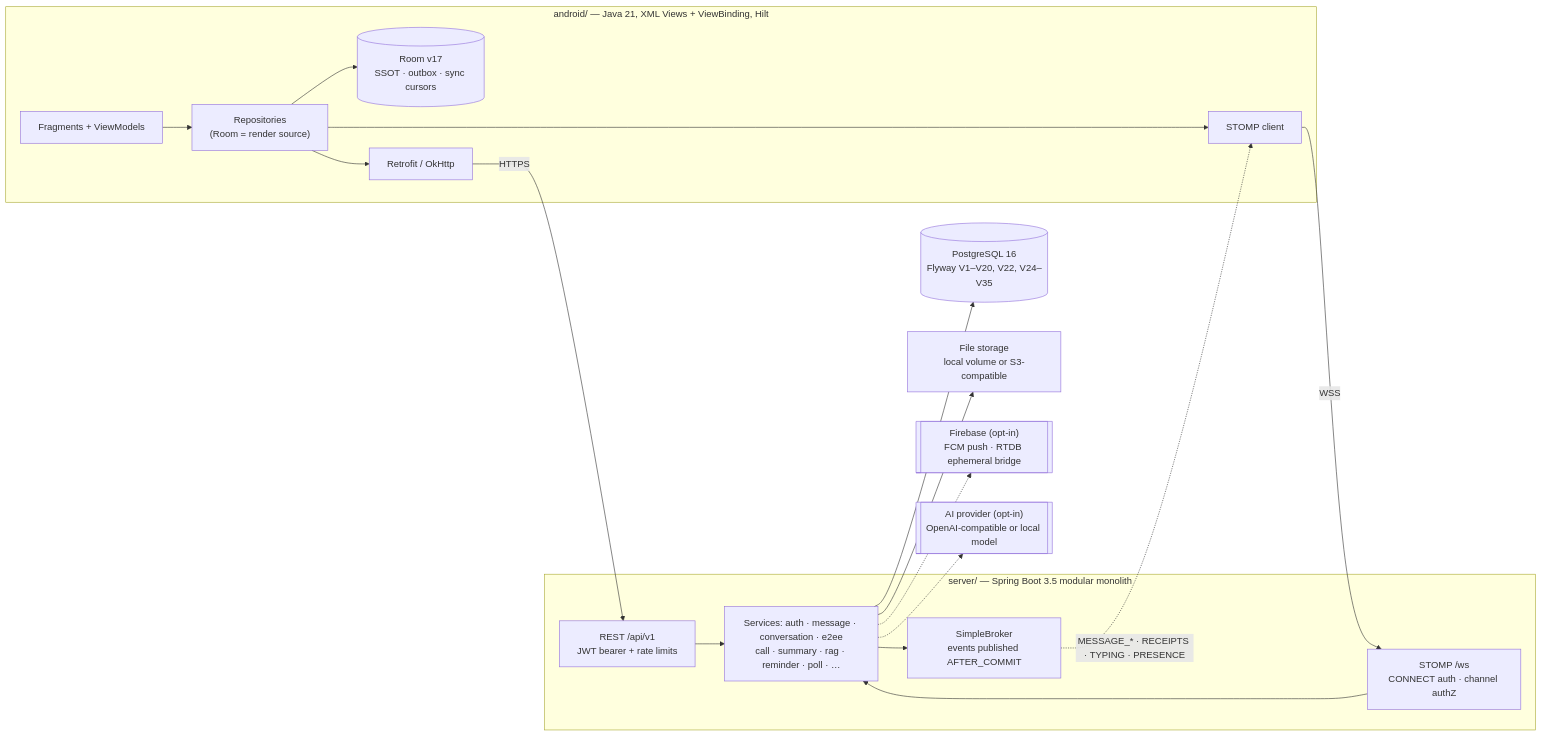
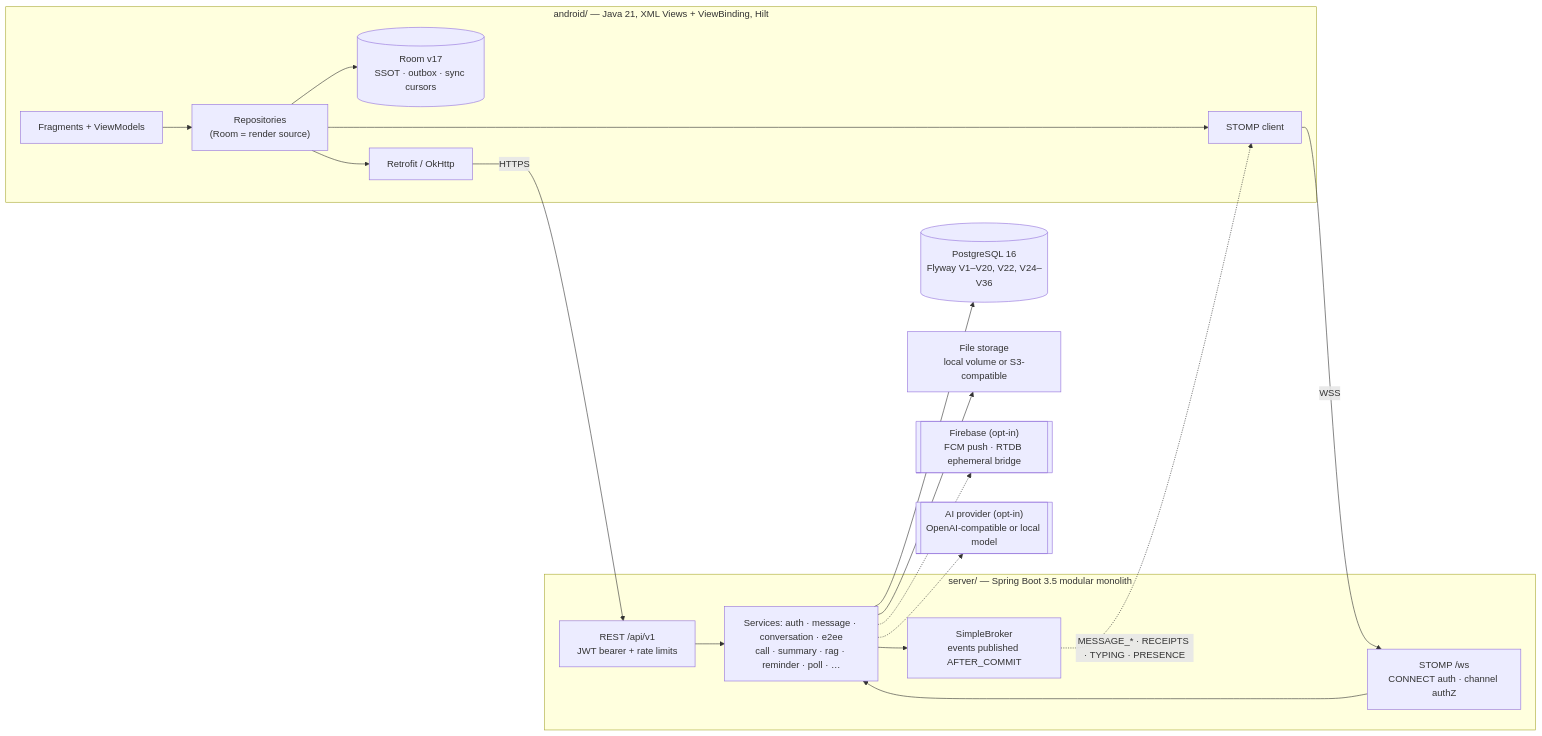
The diagram in README.md (JasonTM17/Nexachat_AppJ), drawn with Mermaid before and after one commit. The commit also changed other lines of this file and 5 other files, not shown here.

````diff
--- a/README.md
+++ b/README.md
@@ -69,32 +69,32 @@
 ```mermaid
 flowchart LR
     subgraph Client["android/ — Java 21, XML Views + ViewBinding, Hilt"]
         UI["Fragments + ViewModels"] --> REPO["Repositories<br/>(Room = render source)"]
         REPO --> ROOM[("Room v17<br/>SSOT · outbox · sync cursors")]
         REPO --> RETRO["Retrofit / OkHttp"]
         REPO --> ST["STOMP client"]
     end
 
     subgraph Server["server/ — Spring Boot 3.5 modular monolith"]
         API["REST /api/v1<br/>JWT bearer + rate limits"]
         WSX["STOMP /ws<br/>CONNECT auth · channel authZ"]
         SVC["Services: auth · message · conversation · e2ee<br/>call · summary · rag · reminder · poll · …"]
         BRK["SimpleBroker<br/>events published AFTER_COMMIT"]
         API --> SVC
         WSX --> SVC
         SVC --> BRK
     end
 
-    DB[("PostgreSQL 16<br/>Flyway V1–V20, V22, V24–V35")]
+    DB[("PostgreSQL 16<br/>Flyway V1–V20, V22, V24–V36")]
     STORE["File storage<br/>local volume or S3-compatible"]
     FCM[["Firebase (opt-in)<br/>FCM push · RTDB ephemeral bridge"]]
     LLM[["AI provider (opt-in)<br/>OpenAI-compatible or local model"]]
 
     RETRO -- "HTTPS" --> API
     ST -- "WSS" --> WSX
     SVC --> DB
     SVC --> STORE
     BRK -. "MESSAGE_* · RECEIPTS · TYPING · PRESENCE" .-> ST
     SVC -.-> FCM
     SVC -.-> LLM
 ```
````
